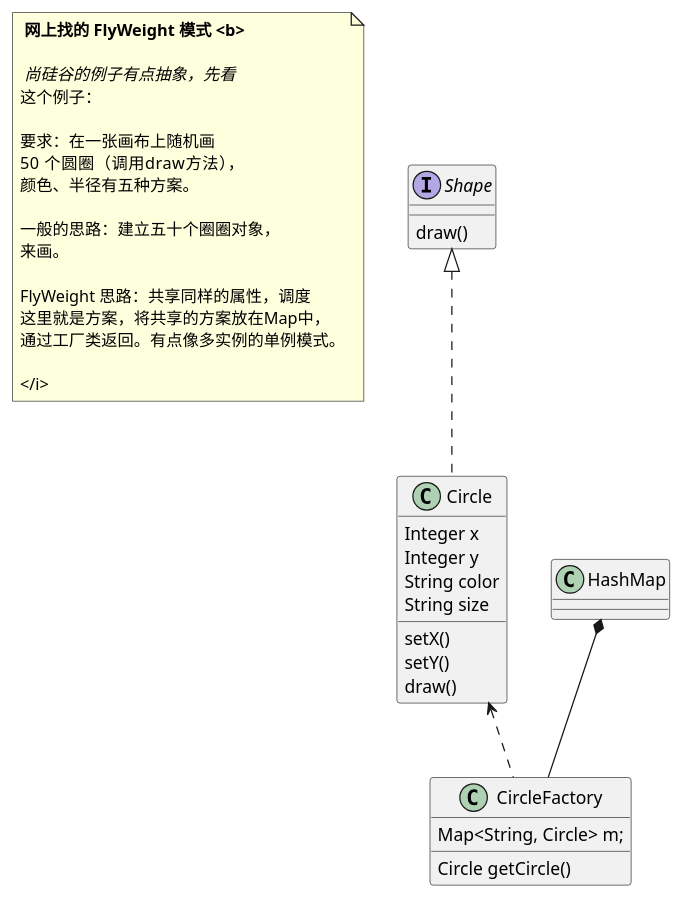
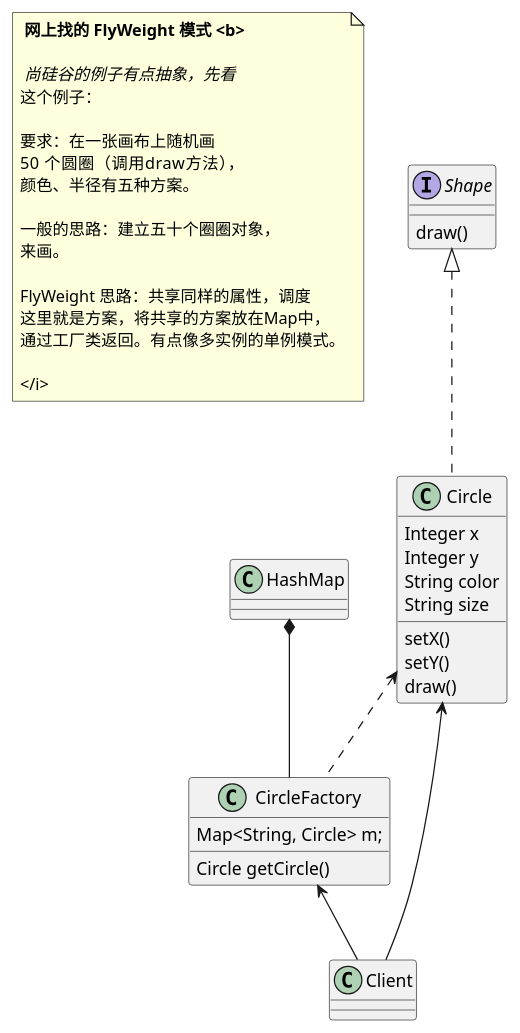
Before and after one commit to forrestlmj/javaLearn: the diagram in JavaDesignPattern/src/main/java/com/github/yck/pattern/structural/flyweight/circle/DrawCircleFlyWeight.puml, drawn with PlantUML. The commit also changed 4 other files, not shown here.

```diff
--- a/JavaDesignPattern/src/main/java/com/github/yck/pattern/structural/flyweight/circle/DrawCircleFlyWeight.puml
+++ b/JavaDesignPattern/src/main/java/com/github/yck/pattern/structural/flyweight/circle/DrawCircleFlyWeight.puml
@@ -1,47 +1,50 @@
 @startuml
 'https://plantuml.com/class-diagram
 
 note as a
     <b> 网上找的 FlyWeight 模式 <b>
 
     <i> 尚硅谷的例子有点抽象，先看
     这个例子：
 
     要求：在一张画布上随机画
     50 个圆圈（调用draw方法），
     颜色、半径有五种方案。
 
     一般的思路：建立五十个圈圈对象，
     来画。
 
     FlyWeight 思路：共享同样的属性，调度
     这里就是方案，将共享的方案放在Map中，
     通过工厂类返回。有点像多实例的单例模式。
 
     </i>
 end note
 
 interface Shape{
     draw()
 }
 
 class Circle{
     Integer x
     Integer y
     String color
     String size
     setX()
     setY()
     draw()
 }
 
 Shape <|.. Circle
 
 class CircleFactory{
     Map<String, Circle> m;
     Circle getCircle()
 }
 
 HashMap *-- CircleFactory
 Circle <.. CircleFactory
+
+CircleFactory <-- Client
+Circle <-- Client
 @enduml
```
